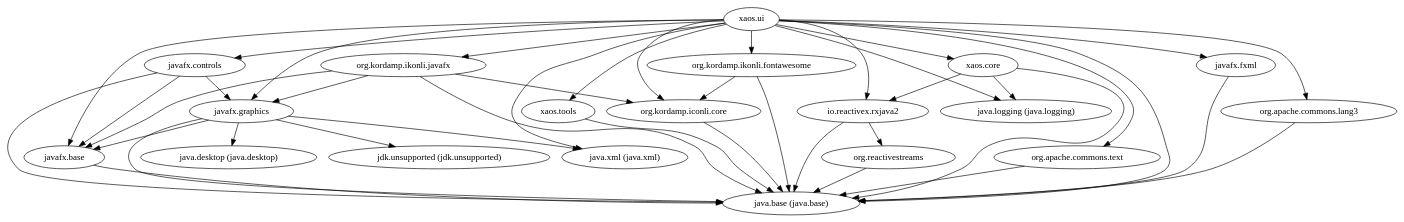
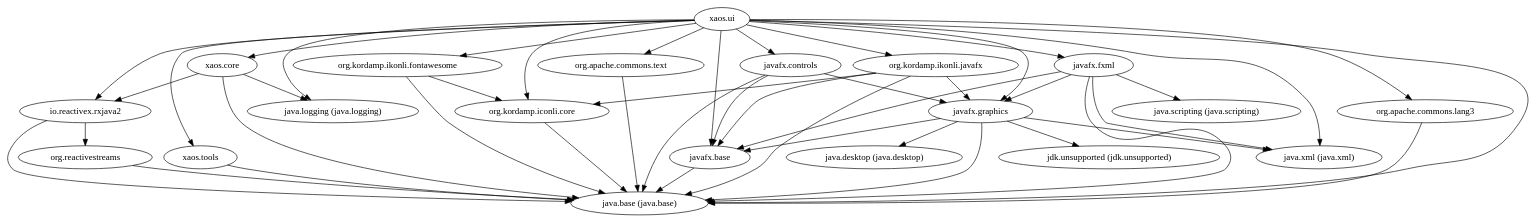
One commit to ESSICS/XAOS changed the diagram in xaos.ui.module/doc/module-dependencies.dot. Above: the diagram before and after it, drawn with Graphviz. The commit also changed 15 other files, not shown here.

```diff
--- a/xaos.ui.module/doc/module-dependencies.dot
+++ b/xaos.ui.module/doc/module-dependencies.dot
@@ -1,43 +1,47 @@
 digraph "summary" {
   "org.apache.commons.lang3"                         -> "java.base (java.base)";
   "xaos.core"                                        -> "io.reactivex.rxjava2";
   "xaos.core"                                        -> "java.base (java.base)";
   "xaos.core"                                        -> "java.logging (java.logging)";
   "org.reactivestreams"                              -> "java.base (java.base)";
   "javafx.base"                                      -> "java.base (java.base)";
   "xaos.tools"                                       -> "java.base (java.base)";
   "javafx.graphics"                                  -> "java.base (java.base)";
   "javafx.graphics"                                  -> "java.desktop (java.desktop)";
   "javafx.graphics"                                  -> "java.xml (java.xml)";
   "javafx.graphics"                                  -> "javafx.base";
   "javafx.graphics"                                  -> "jdk.unsupported (jdk.unsupported)";
   "javafx.controls"                                  -> "java.base (java.base)";
   "javafx.controls"                                  -> "javafx.base";
   "javafx.controls"                                  -> "javafx.graphics";
   "org.kordamp.ikonli.fontawesome"                   -> "java.base (java.base)";
   "org.kordamp.ikonli.fontawesome"                   -> "org.kordamp.iconli.core";
   "org.apache.commons.text"                          -> "java.base (java.base)";
   "org.kordamp.iconli.core"                          -> "java.base (java.base)";
   "xaos.ui"                                          -> "io.reactivex.rxjava2";
   "xaos.ui"                                          -> "java.base (java.base)";
   "xaos.ui"                                          -> "java.logging (java.logging)";
   "xaos.ui"                                          -> "java.xml (java.xml)";
   "xaos.ui"                                          -> "javafx.base";
   "xaos.ui"                                          -> "javafx.controls";
   "xaos.ui"                                          -> "javafx.fxml";
   "xaos.ui"                                          -> "javafx.graphics";
   "xaos.ui"                                          -> "org.apache.commons.lang3";
   "xaos.ui"                                          -> "org.apache.commons.text";
   "xaos.ui"                                          -> "org.kordamp.iconli.core";
   "xaos.ui"                                          -> "org.kordamp.ikonli.fontawesome";
   "xaos.ui"                                          -> "org.kordamp.ikonli.javafx";
   "xaos.ui"                                          -> "xaos.core";
   "xaos.ui"                                          -> "xaos.tools";
   "io.reactivex.rxjava2"                             -> "java.base (java.base)";
   "io.reactivex.rxjava2"                             -> "org.reactivestreams";
   "org.kordamp.ikonli.javafx"                        -> "java.base (java.base)";
   "org.kordamp.ikonli.javafx"                        -> "javafx.base";
   "org.kordamp.ikonli.javafx"                        -> "javafx.graphics";
   "org.kordamp.ikonli.javafx"                        -> "org.kordamp.iconli.core";
   "javafx.fxml"                                      -> "java.base (java.base)";
+  "javafx.fxml"                                      -> "java.scripting (java.scripting)";
+  "javafx.fxml"                                      -> "java.xml (java.xml)";
+  "javafx.fxml"                                      -> "javafx.base";
+  "javafx.fxml"                                      -> "javafx.graphics";
 }
```
